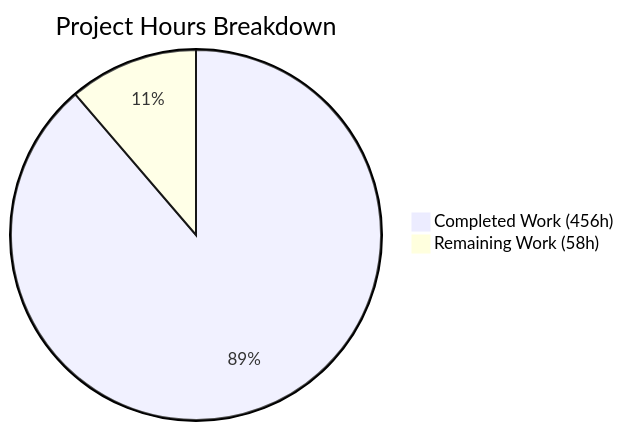
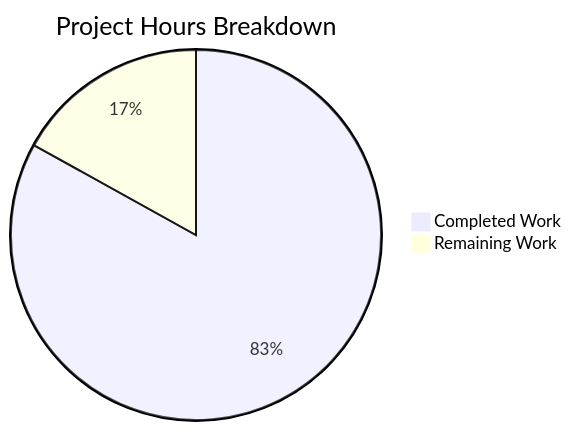
The second of 3 diagrams in blitzy/documentation/Project Guide.md (Blitzy-Sandbox/blitzy-RudderStack), drawn with Mermaid before and after one commit. The commit also changed other lines of this file, not shown here.

Commit message:
Adding Blitzy Project Guide: Project Status and Human Tasks Remaining

````diff
--- a/blitzy/documentation/Project Guide.md
+++ b/blitzy/documentation/Project Guide.md
@@ -257,5 +250,5 @@
 ```mermaid
 pie title Project Hours Breakdown
-    "Completed Work (456h)" : 456
-    "Remaining Work (58h)" : 58
+    "Completed Work" : 402
+    "Remaining Work" : 82
 ```
````
